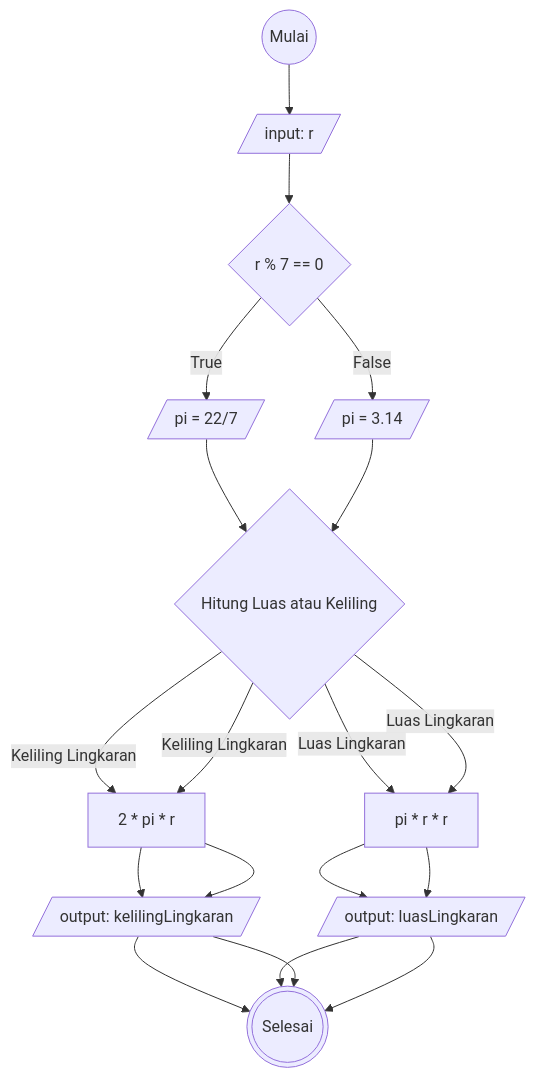
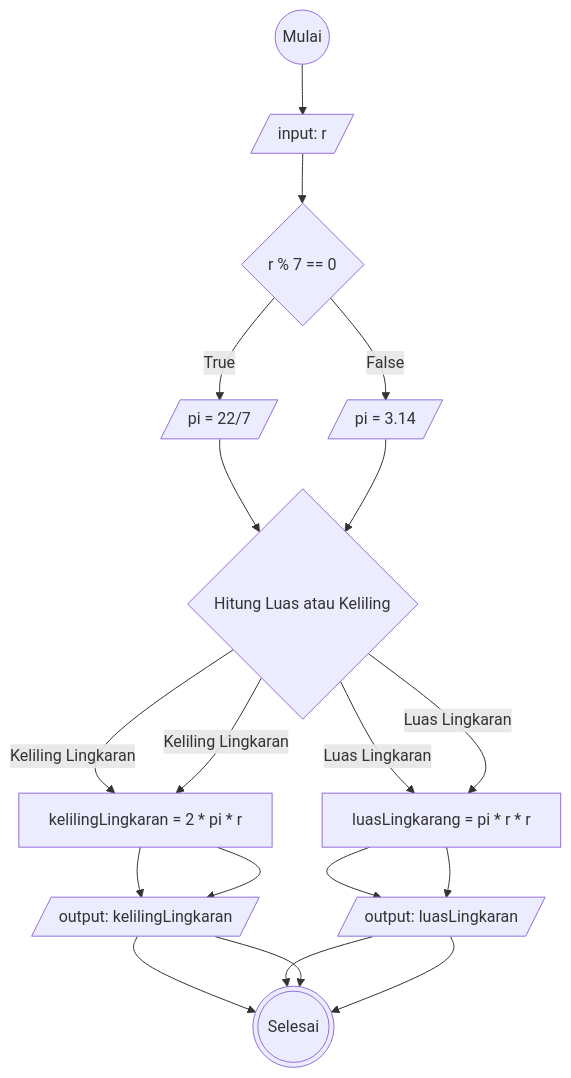
One commit to Arif14377/koda-b6-algoritma changed the diagram in flowchart-luas-keliling-lingkaran.md. Above: the diagram before and after it, drawn with Mermaid.

````diff
--- a/flowchart-luas-keliling-lingkaran.md
+++ b/flowchart-luas-keliling-lingkaran.md
@@ -1,33 +1,33 @@
 ```mermaid
 flowchart TD
 start@{shape: circle, label: "Mulai"}
 inputJari@{ shape: lean-r, label: "input: r"}
 decisionPi@{ shape: diamond, label: "r % 7 == 0" }
 decisionHitung@{ shape: diamond, label: "Hitung Luas atau Keliling" }
 oPiTrue@{ shape: lean-r, label: "pi = 22/7"}
 oPiFalse@{ shape: lean-r, label: "pi = 3.14"}
-luasLingkaran@{ shape: rect, label: "pi * r * r" }
-kelilingLingkaran@{ shape: rect, label: "2 * pi * r" }
+luasLingkaran@{ shape: rect, label: "luasLingkarang = pi * r * r" }
+kelilingLingkaran@{ shape: rect, label: "kelilingLingkaran = 2 * pi * r" }
 outKeliling@{ shape: lean-r, label: "output: kelilingLingkaran"}
 outLuas@{ shape: lean-r, label: "output: luasLingkaran"}
 stop@{shape: dbl-circ, label: "Selesai"}
 
 start-->inputJari
 inputJari-->decisionPi
 decisionPi--True-->oPiTrue
 decisionPi--False-->oPiFalse
 oPiTrue-->decisionHitung
 decisionHitung--Luas Lingkaran-->luasLingkaran
 decisionHitung--Keliling Lingkaran-->kelilingLingkaran
 kelilingLingkaran-->outKeliling
 outKeliling-->stop
 luasLingkaran-->outLuas
 outLuas-->stop
 oPiFalse-->decisionHitung
 decisionHitung--Luas Lingkaran-->luasLingkaran
 decisionHitung--Keliling Lingkaran-->kelilingLingkaran
 kelilingLingkaran-->outKeliling
 outKeliling-->stop
 luasLingkaran-->outLuas
 outLuas-->stop
 ```
````
